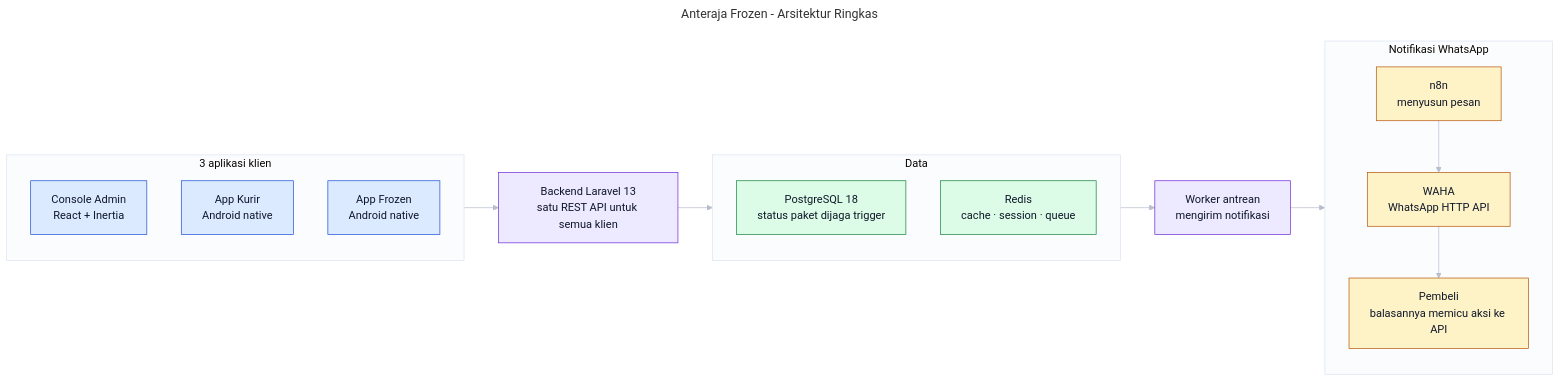
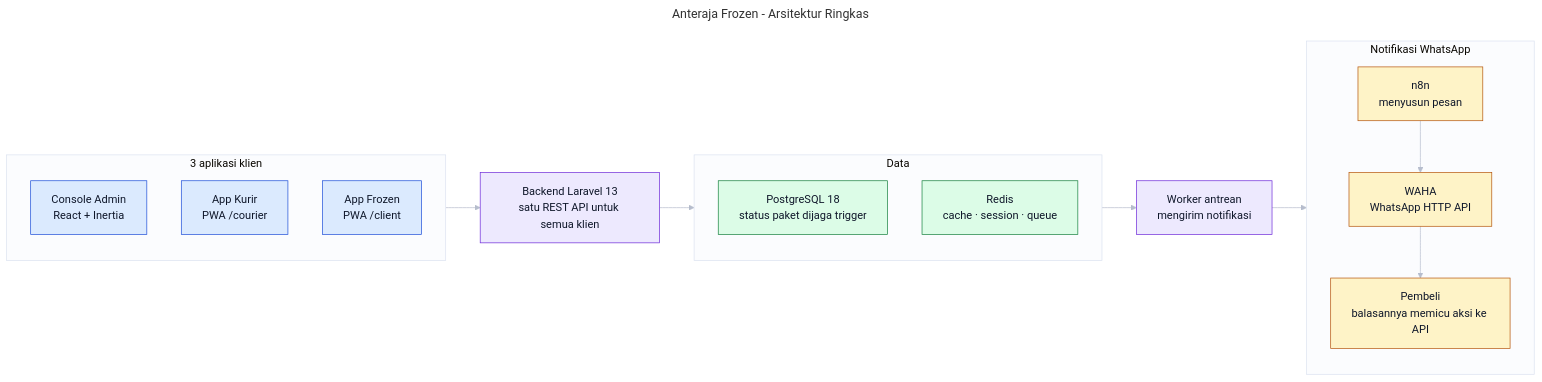
The diagram in docs/architecture/mode-presentasi.mmd (KagChi/anteraja-hackathon), drawn with Mermaid before and after one commit. The commit also changed 237 other files, not shown here.

First line of the commit message:
feat(pwa): serve the client and courier apps as PWAs, drop NativePHP

```diff
--- a/docs/architecture/mode-presentasi.mmd
+++ b/docs/architecture/mode-presentasi.mmd
@@ -1,45 +1,45 @@
 ---
 title: Anteraja Frozen - Arsitektur Ringkas
 ---
 %%{init: {"theme":"base","themeVariables":{"fontFamily":"Segoe UI, system-ui, sans-serif","fontSize":"16px","lineColor":"#b6bdcd","clusterBkg":"#fbfcfe","clusterBorder":"#dbe2f0"}}}%%
 flowchart LR
     subgraph KLIEN["3 aplikasi klien"]
         direction TB
         ADMIN["Console Admin<br/>React + Inertia"]
-        KURIR["App Kurir<br/>Android native"]
-        FROZEN["App Frozen<br/>Android native"]
+        KURIR["App Kurir<br/>PWA /courier"]
+        FROZEN["App Frozen<br/>PWA /client"]
     end
 
     API["Backend Laravel 13<br/>satu REST API untuk semua klien"]
 
     subgraph DATA["Data"]
         direction TB
         PG["PostgreSQL 18<br/>status paket dijaga trigger"]
         RD["Redis<br/>cache · session · queue"]
     end
 
     WORKER["Worker antrean<br/>mengirim notifikasi"]
 
     subgraph NOTIF["Notifikasi WhatsApp"]
         direction TB
         N8N["n8n<br/>menyusun pesan"]
         WAHA["WAHA<br/>WhatsApp HTTP API"]
         PEMBELI["Pembeli<br/>balasannya memicu aksi ke API"]
     end
 
     KLIEN --> API
     API --> DATA
     DATA --> WORKER
     WORKER --> NOTIF
     N8N --> WAHA
     WAHA --> PEMBELI
 
     classDef klien fill:#dbeafe,stroke:#1d4ed8,color:#0f172a
     classDef inti fill:#ede9fe,stroke:#6d28d9,color:#0f172a
     classDef data fill:#dcfce7,stroke:#15803d,color:#0f172a
     classDef luar fill:#fef3c7,stroke:#b45309,color:#0f172a
 
     class ADMIN,KURIR,FROZEN klien
     class API,WORKER inti
     class PG,RD data
     class N8N,WAHA,PEMBELI luar
```
